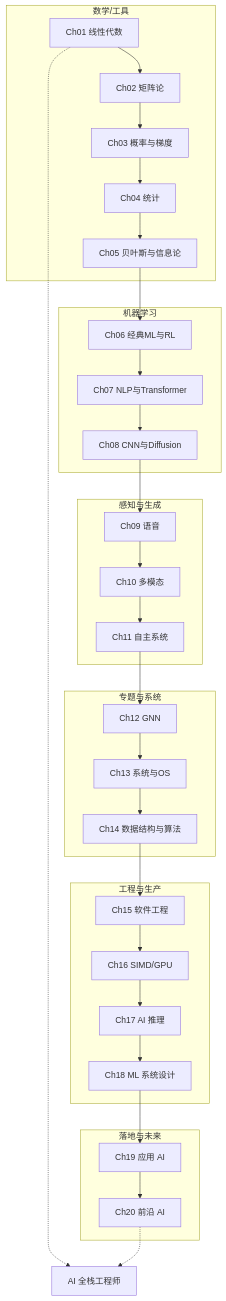
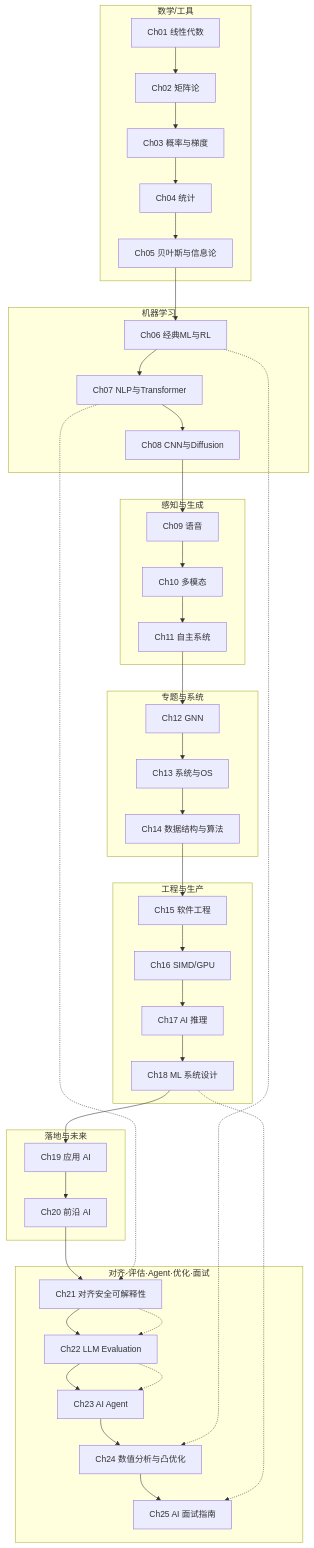
Before and after one commit to godlockin/maths-cs-ai-compendium: the first of 3 diagrams in zh/教辅/全局概览.md, drawn with Mermaid. The commit also changed other lines of this file and 10 other files, not shown here.

````diff
--- a/zh/教辅/全局概览.md
+++ b/zh/教辅/全局概览.md
@@ -11,58 +13,52 @@
 ```mermaid
 flowchart TB
     subgraph 基础 [数学/工具]
         C01[Ch01 线性代数]
         C02[Ch02 矩阵论]
         C03[Ch03 概率与梯度]
         C04[Ch04 统计]
         C05[Ch05 贝叶斯与信息论]
     end
     subgraph 核心 [机器学习]
         C06[Ch06 经典ML与RL]
         C07[Ch07 NLP与Transformer]
         C08[Ch08 CNN与Diffusion]
     end
     subgraph 多模态 [感知与生成]
         C09[Ch09 语音]
         C10[Ch10 多模态]
         C11[Ch11 自主系统]
     end
     subgraph 专题 [专题与系统]
         C12[Ch12 GNN]
         C13[Ch13 系统与OS]
         C14[Ch14 数据结构与算法]
     end
     subgraph 工程 [工程与生产]
         C15[Ch15 软件工程]
         C16[Ch16 SIMD/GPU]
         C17[Ch17 AI 推理]
         C18[Ch18 ML 系统设计]
     end
     subgraph 应用与前沿 [落地与未来]
         C19[Ch19 应用 AI]
         C20[Ch20 前沿 AI]
     end
+    subgraph 高阶 [对齐·评估·Agent·优化·面试]
+        C21[Ch21 对齐安全可解释性]
+        C22[Ch22 LLM Evaluation]
+        C23[Ch23 AI Agent]
+        C24[Ch24 数值分析与凸优化]
+        C25[Ch25 AI 面试指南]
+    end
 
-    C01 --> C02
-    C02 --> C03
-    C03 --> C04
-    C04 --> C05
-    C05 --> C06
-    C06 --> C07
-    C07 --> C08
-    C08 --> C09
-    C09 --> C10
-    C10 --> C11
-    C11 --> C12
-    C12 --> C13
-    C13 --> C14
-    C14 --> C15
-    C15 --> C16
-    C16 --> C17
-    C17 --> C18
-    C18 --> C19
-    C19 --> C20
+    C01 --> C02 --> C03 --> C04 --> C05 --> C06 --> C07 --> C08 --> C09 --> C10
+    C10 --> C11 --> C12 --> C13 --> C14 --> C15 --> C16 --> C17 --> C18 --> C19
+    C19 --> C20 --> C21 --> C22 --> C23 --> C24 --> C25
 
-    C01 -.-> APP[AI 全栈工程师]
-    C20 -.-> APP
+    C07 -.-> C21
+    C21 -.-> C22
+    C22 -.-> C23
+    C06 -.-> C24
+    C18 -.-> C25
 ```
````
